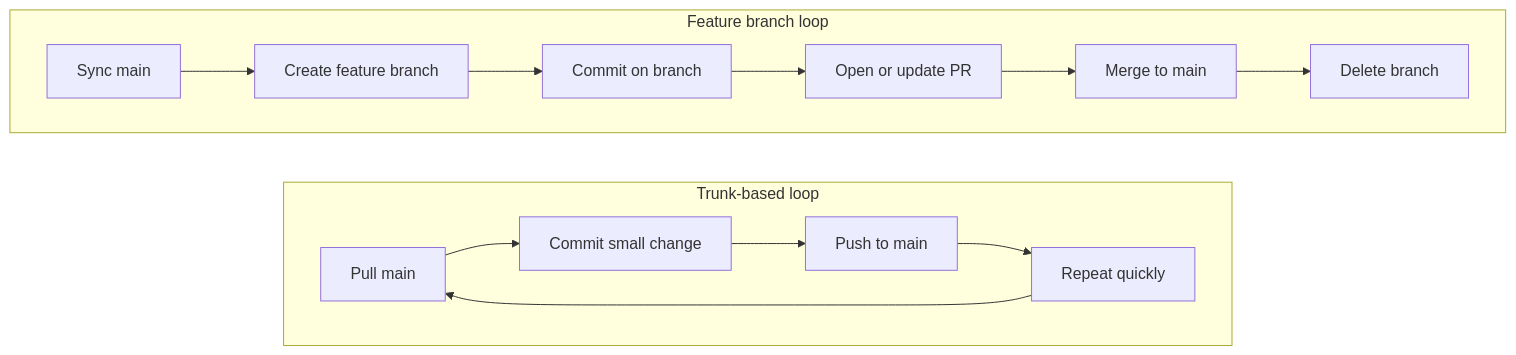
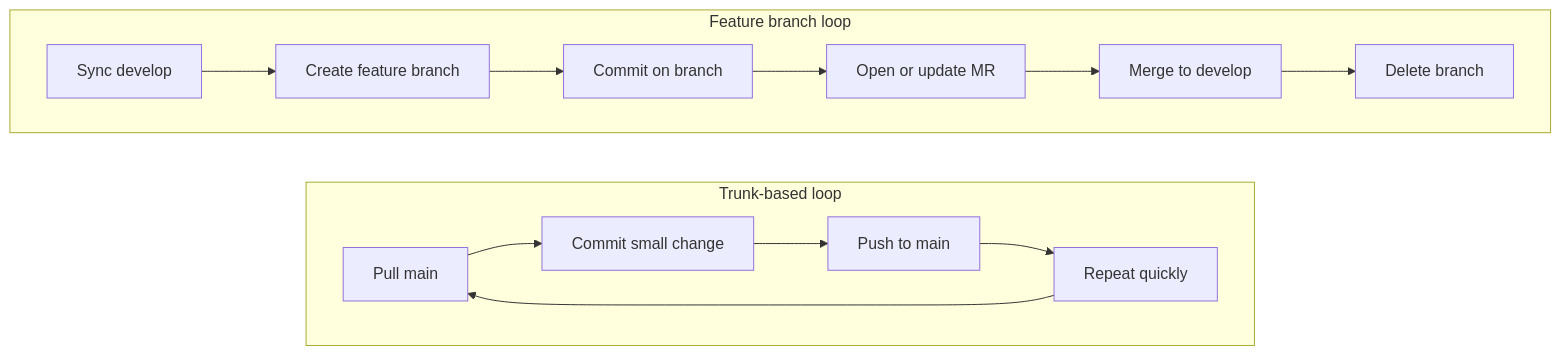
One commit to b0yu-li/b0yu-li.github.io changed the diagram in _posts/2026-01-26-git-commands.md. Above: the diagram before and after it, drawn with Mermaid. The commit also changed other lines of this file, not shown here.

Commit message:
docs: Update feature branch workflow to use 'develop' instead of 'main' and clarify MR terminology

````diff
--- a/_posts/2026-01-26-git-commands.md
+++ b/_posts/2026-01-26-git-commands.md
@@ -170,22 +170,22 @@
 ```mermaid
 flowchart LR
     subgraph trunkFlow [Trunk-based loop]
         direction LR
         trunkPull[Pull main]
         trunkCommit[Commit small change]
         trunkPush[Push to main]
         trunkRepeat[Repeat quickly]
         trunkPull --> trunkCommit --> trunkPush --> trunkRepeat --> trunkPull
     end
 
     subgraph featureFlow [Feature branch loop]
         direction LR
-        featureSync[Sync main]
+        featureSync[Sync develop]
         featureBranch[Create feature branch]
         featureWork[Commit on branch]
-        featurePr[Open or update PR]
-        featureMerge[Merge to main]
+        featureMr[Open or update MR]
+        featureMerge[Merge to develop]
         featureCleanup[Delete branch]
-        featureSync --> featureBranch --> featureWork --> featurePr --> featureMerge --> featureCleanup
+        featureSync --> featureBranch --> featureWork --> featureMr --> featureMerge --> featureCleanup
     end
 ```
````
